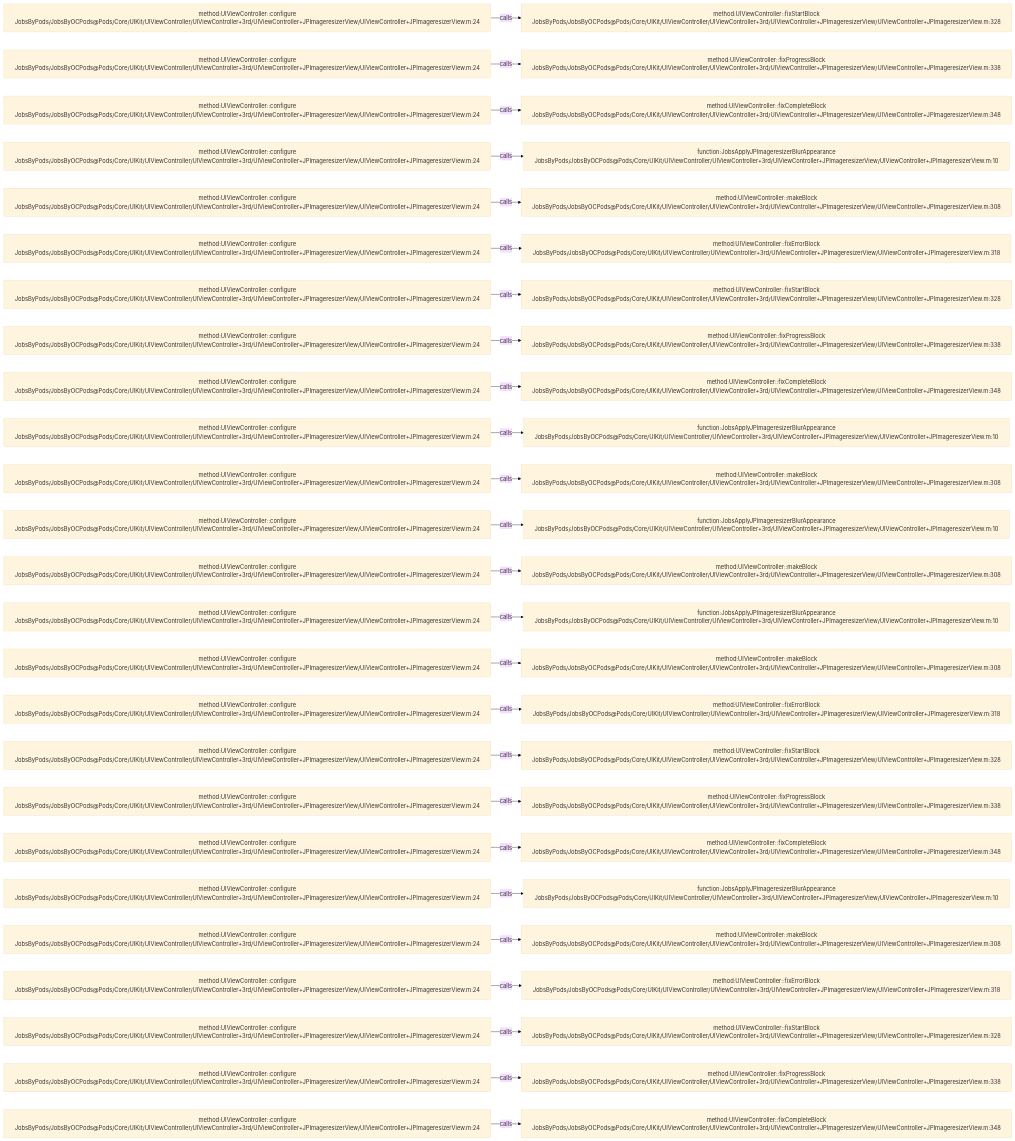
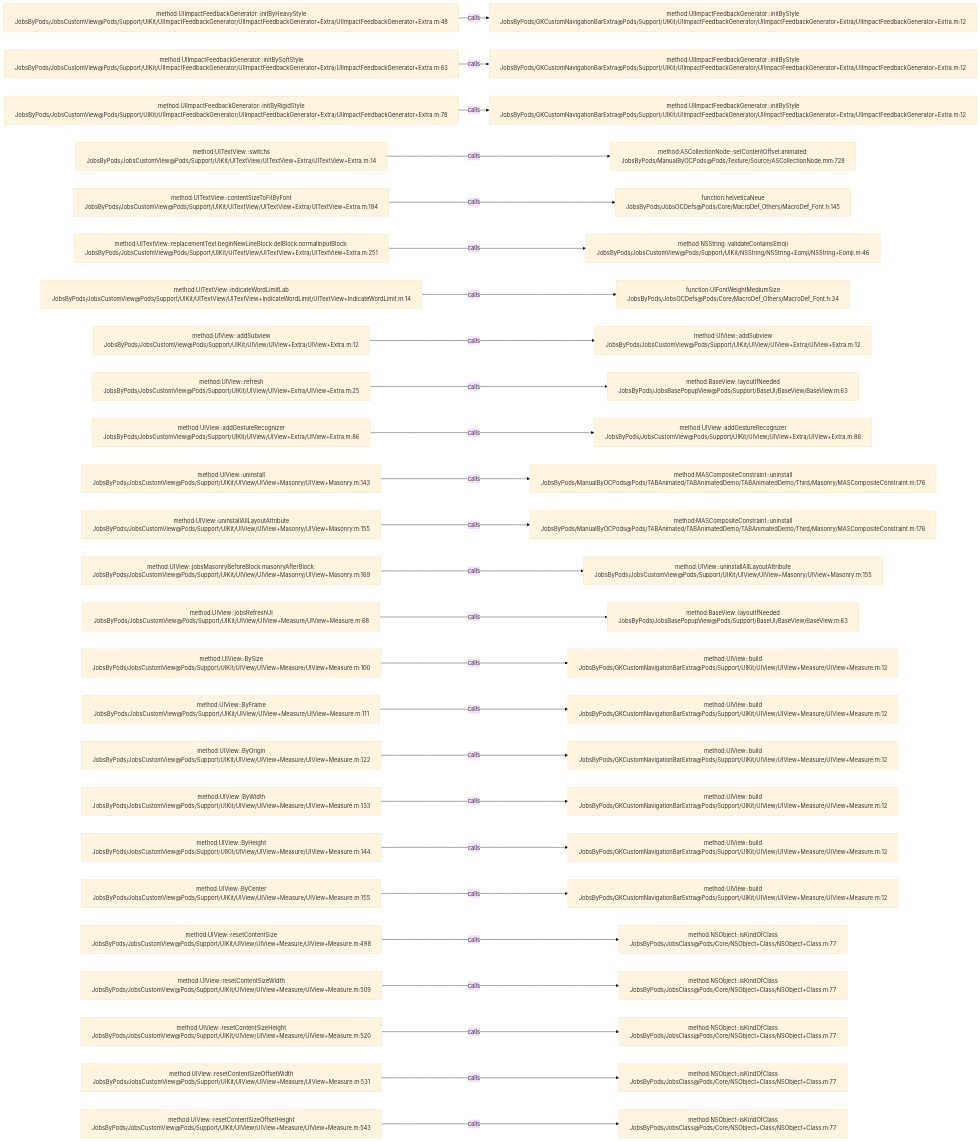
One commit to JobsKits/JobsOCBaseConfigDemo changed the diagram in .codegraph/codegraph.md/graphs/calls-090.md. Above: the diagram before and after it, drawn with Mermaid (base theme). The commit also changed 1026 other files, not shown here.

````diff
--- a/.codegraph/codegraph.md/graphs/calls-090.md
+++ b/.codegraph/codegraph.md/graphs/calls-090.md
@@ -13,78 +13,78 @@
 ```mermaid
 flowchart LR
-  S1["method:UIViewController::configure<br/>JobsByPods/JobsByOCPods@Pods/Core/UIKit/UIViewController/UIViewController+3rd/UIViewController+JPImageresizerView/UIViewController+JPImageresizerView.m:24"]
-  T1["method:UIViewController::fixStartBlock<br/>JobsByPods/JobsByOCPods@Pods/Core/UIKit/UIViewController/UIViewController+3rd/UIViewController+JPImageresizerView/UIViewController+JPImageresizerView.m:328"]
+  S1["method:UIImpactFeedbackGenerator::initByHeavyStyle<br/>JobsByPods/JobsCustomView@Pods/Support/UIKit/UIImpactFeedbackGenerator/UIImpactFeedbackGenerator+Extra/UIImpactFeedbackGenerator+Extra.m:48"]
+  T1["method:UIImpactFeedbackGenerator::initByStyle<br/>JobsByPods/GKCustomNavigationBarExtra@Pods/Support/UIKit/UIImpactFeedbackGenerator/UIImpactFeedbackGenerator+Extra/UIImpactFeedbackGenerator+Extra.m:12"]
   S1 -->|calls| T1
-  S2["method:UIViewController::configure<br/>JobsByPods/JobsByOCPods@Pods/Core/UIKit/UIViewController/UIViewController+3rd/UIViewController+JPImageresizerView/UIViewController+JPImageresizerView.m:24"]
-  T2["method:UIViewController::fixProgressBlock<br/>JobsByPods/JobsByOCPods@Pods/Core/UIKit/UIViewController/UIViewController+3rd/UIViewController+JPImageresizerView/UIViewController+JPImageresizerView.m:338"]
+  S2["method:UIImpactFeedbackGenerator::initBySoftStyle<br/>JobsByPods/JobsCustomView@Pods/Support/UIKit/UIImpactFeedbackGenerator/UIImpactFeedbackGenerator+Extra/UIImpactFeedbackGenerator+Extra.m:63"]
+  T2["method:UIImpactFeedbackGenerator::initByStyle<br/>JobsByPods/GKCustomNavigationBarExtra@Pods/Support/UIKit/UIImpactFeedbackGenerator/UIImpactFeedbackGenerator+Extra/UIImpactFeedbackGenerator+Extra.m:12"]
   S2 -->|calls| T2
-  S3["method:UIViewController::configure<br/>JobsByPods/JobsByOCPods@Pods/Core/UIKit/UIViewController/UIViewController+3rd/UIViewController+JPImageresizerView/UIViewController+JPImageresizerView.m:24"]
-  T3["method:UIViewController::fixCompleteBlock<br/>JobsByPods/JobsByOCPods@Pods/Core/UIKit/UIViewController/UIViewController+3rd/UIViewController+JPImageresizerView/UIViewController+JPImageresizerView.m:348"]
+  S3["method:UIImpactFeedbackGenerator::initByRigidStyle<br/>JobsByPods/JobsCustomView@Pods/Support/UIKit/UIImpactFeedbackGenerator/UIImpactFeedbackGenerator+Extra/UIImpactFeedbackGenerator+Extra.m:78"]
+  T3["method:UIImpactFeedbackGenerator::initByStyle<br/>JobsByPods/GKCustomNavigationBarExtra@Pods/Support/UIKit/UIImpactFeedbackGenerator/UIImpactFeedbackGenerator+Extra/UIImpactFeedbackGenerator+Extra.m:12"]
   S3 -->|calls| T3
-  S4["method:UIViewController::configure<br/>JobsByPods/JobsByOCPods@Pods/Core/UIKit/UIViewController/UIViewController+3rd/UIViewController+JPImageresizerView/UIViewController+JPImageresizerView.m:24"]
-  T4["function:JobsApplyJPImageresizerBlurAppearance<br/>JobsByPods/JobsByOCPods@Pods/Core/UIKit/UIViewController/UIViewController+3rd/UIViewController+JPImageresizerView/UIViewController+JPImageresizerView.m:10"]
+  S4["method:UITextView::switchs<br/>JobsByPods/JobsCustomView@Pods/Support/UIKit/UITextView/UITextView+Extra/UITextView+Extra.m:14"]
+  T4["method:ASCollectionNode::setContentOffset:animated:<br/>JobsByPods/ManualByOCPods@Pods/Texture/Source/ASCollectionNode.mm:728"]
   S4 -->|calls| T4
-  S5["method:UIViewController::configure<br/>JobsByPods/JobsByOCPods@Pods/Core/UIKit/UIViewController/UIViewController+3rd/UIViewController+JPImageresizerView/UIViewController+JPImageresizerView.m:24"]
-  T5["method:UIViewController::makeBlock<br/>JobsByPods/JobsByOCPods@Pods/Core/UIKit/UIViewController/UIViewController+3rd/UIViewController+JPImageresizerView/UIViewController+JPImageresizerView.m:308"]
+  S5["method:UITextView::contentSizeToFitByFont<br/>JobsByPods/JobsCustomView@Pods/Support/UIKit/UITextView/UITextView+Extra/UITextView+Extra.m:184"]
+  T5["function:helveticaNeue<br/>JobsByPods/JobsOCDefs@Pods/Core/MacroDef_Others/MacroDef_Font.h:145"]
   S5 -->|calls| T5
-  S6["method:UIViewController::configure<br/>JobsByPods/JobsByOCPods@Pods/Core/UIKit/UIViewController/UIViewController+3rd/UIViewController+JPImageresizerView/UIViewController+JPImageresizerView.m:24"]
-  T6["method:UIViewController::fixErrorBlock<br/>JobsByPods/JobsByOCPods@Pods/Core/UIKit/UIViewController/UIViewController+3rd/UIViewController+JPImageresizerView/UIViewController+JPImageresizerView.m:318"]
+  S6["method:UITextView::replacementText:beginNewLineBlock:delBlock:normalInputBlock:<br/>JobsByPods/JobsCustomView@Pods/Support/UIKit/UITextView/UITextView+Extra/UITextView+Extra.m:251"]
+  T6["method:NSString::validateContainsEmoji<br/>JobsByPods/JobsCustomView@Pods/Support/UIKit/NSString/NSString+Eomji/NSString+Eomji.m:46"]
   S6 -->|calls| T6
-  S7["method:UIViewController::configure<br/>JobsByPods/JobsByOCPods@Pods/Core/UIKit/UIViewController/UIViewController+3rd/UIViewController+JPImageresizerView/UIViewController+JPImageresizerView.m:24"]
-  T7["method:UIViewController::fixStartBlock<br/>JobsByPods/JobsByOCPods@Pods/Core/UIKit/UIViewController/UIViewController+3rd/UIViewController+JPImageresizerView/UIViewController+JPImageresizerView.m:328"]
+  S7["method:UITextView::indicateWordLimitLab<br/>JobsByPods/JobsCustomView@Pods/Support/UIKit/UITextView/UITextView+IndicateWordLimit/UITextView+IndicateWordLimit.m:14"]
+  T7["function:UIFontWeightMediumSize<br/>JobsByPods/JobsOCDefs@Pods/Core/MacroDef_Others/MacroDef_Font.h:34"]
   S7 -->|calls| T7
-  S8["method:UIViewController::configure<br/>JobsByPods/JobsByOCPods@Pods/Core/UIKit/UIViewController/UIViewController+3rd/UIViewController+JPImageresizerView/UIViewController+JPImageresizerView.m:24"]
-  T8["method:UIViewController::fixProgressBlock<br/>JobsByPods/JobsByOCPods@Pods/Core/UIKit/UIViewController/UIViewController+3rd/UIViewController+JPImageresizerView/UIViewController+JPImageresizerView.m:338"]
+  S8["method:UIView::addSubview<br/>JobsByPods/JobsCustomView@Pods/Support/UIKit/UIView/UIView+Extra/UIView+Extra.m:12"]
+  T8["method:UIView::addSubview<br/>JobsByPods/JobsCustomView@Pods/Support/UIKit/UIView/UIView+Extra/UIView+Extra.m:12"]
   S8 -->|calls| T8
-  S9["method:UIViewController::configure<br/>JobsByPods/JobsByOCPods@Pods/Core/UIKit/UIViewController/UIViewController+3rd/UIViewController+JPImageresizerView/UIViewController+JPImageresizerView.m:24"]
-  T9["method:UIViewController::fixCompleteBlock<br/>JobsByPods/JobsByOCPods@Pods/Core/UIKit/UIViewController/UIViewController+3rd/UIViewController+JPImageresizerView/UIViewController+JPImageresizerView.m:348"]
+  S9["method:UIView::refresh<br/>JobsByPods/JobsCustomView@Pods/Support/UIKit/UIView/UIView+Extra/UIView+Extra.m:25"]
+  T9["method:BaseView::layoutIfNeeded<br/>JobsByPods/JobsBasePopupView@Pods/Support/BaseUI/BaseView/BaseView.m:63"]
   S9 -->|calls| T9
-  S10["method:UIViewController::configure<br/>JobsByPods/JobsByOCPods@Pods/Core/UIKit/UIViewController/UIViewController+3rd/UIViewController+JPImageresizerView/UIViewController+JPImageresizerView.m:24"]
-  T10["function:JobsApplyJPImageresizerBlurAppearance<br/>JobsByPods/JobsByOCPods@Pods/Core/UIKit/UIViewController/UIViewController+3rd/UIViewController+JPImageresizerView/UIViewController+JPImageresizerView.m:10"]
+  S10["method:UIView::addGestureRecognizer<br/>JobsByPods/JobsCustomView@Pods/Support/UIKit/UIView/UIView+Extra/UIView+Extra.m:86"]
+  T10["method:UIView::addGestureRecognizer<br/>JobsByPods/JobsCustomView@Pods/Support/UIKit/UIView/UIView+Extra/UIView+Extra.m:86"]
   S10 -->|calls| T10
-  S11["method:UIViewController::configure<br/>JobsByPods/JobsByOCPods@Pods/Core/UIKit/UIViewController/UIViewController+3rd/UIViewController+JPImageresizerView/UIViewController+JPImageresizerView.m:24"]
-  T11["method:UIViewController::makeBlock<br/>JobsByPods/JobsByOCPods@Pods/Core/UIKit/UIViewController/UIViewController+3rd/UIViewController+JPImageresizerView/UIViewController+JPImageresizerView.m:308"]
+  S11["method:UIView::uninstall<br/>JobsByPods/JobsCustomView@Pods/Support/UIKit/UIView/UIView+Masonry/UIView+Masonry.m:143"]
+  T11["method:MASCompositeConstraint::uninstall<br/>JobsByPods/ManualByOCPods@Pods/TABAnimated/TABAnimatedDemo/TABAnimatedDemo/Third/Masonry/MASCompositeConstraint.m:176"]
   S11 -->|calls| T11
-  S12["method:UIViewController::configure<br/>JobsByPods/JobsByOCPods@Pods/Core/UIKit/UIViewController/UIViewController+3rd/UIViewController+JPImageresizerView/UIViewController+JPImageresizerView.m:24"]
-  T12["function:JobsApplyJPImageresizerBlurAppearance<br/>JobsByPods/JobsByOCPods@Pods/Core/UIKit/UIViewController/UIViewController+3rd/UIViewController+JPImageresizerView/UIViewController+JPImageresizerView.m:10"]
+  S12["method:UIView::uninstallAllLayoutAttribute<br/>JobsByPods/JobsCustomView@Pods/Support/UIKit/UIView/UIView+Masonry/UIView+Masonry.m:155"]
+  T12["method:MASCompositeConstraint::uninstall<br/>JobsByPods/ManualByOCPods@Pods/TABAnimated/TABAnimatedDemo/TABAnimatedDemo/Third/Masonry/MASCompositeConstraint.m:176"]
   S12 -->|calls| T12
-  S13["method:UIViewController::configure<br/>JobsByPods/JobsByOCPods@Pods/Core/UIKit/UIViewController/UIViewController+3rd/UIViewController+JPImageresizerView/UIViewController+JPImageresizerView.m:24"]
-  T13["method:UIViewController::makeBlock<br/>JobsByPods/JobsByOCPods@Pods/Core/UIKit/UIViewController/UIViewController+3rd/UIViewController+JPImageresizerView/UIViewController+JPImageresizerView.m:308"]
+  S13["method:UIView::jobsMasonryBeforeBlock:masonryAfterBlock:<br/>JobsByPods/JobsCustomView@Pods/Support/UIKit/UIView/UIView+Masonry/UIView+Masonry.m:169"]
+  T13["method:UIView::uninstallAllLayoutAttribute<br/>JobsByPods/JobsCustomView@Pods/Support/UIKit/UIView/UIView+Masonry/UIView+Masonry.m:155"]
   S13 -->|calls| T13
-  S14["method:UIViewController::configure<br/>JobsByPods/JobsByOCPods@Pods/Core/UIKit/UIViewController/UIViewController+3rd/UIViewController+JPImageresizerView/UIViewController+JPImageresizerView.m:24"]
-  T14["function:JobsApplyJPImageresizerBlurAppearance<br/>JobsByPods/JobsByOCPods@Pods/Core/UIKit/UIViewController/UIViewController+3rd/UIViewController+JPImageresizerView/UIViewController+JPImageresizerView.m:10"]
+  S14["method:UIView::jobsRefreshUI<br/>JobsByPods/JobsCustomView@Pods/Support/UIKit/UIView/UIView+Measure/UIView+Measure.m:68"]
+  T14["method:BaseView::layoutIfNeeded<br/>JobsByPods/JobsBasePopupView@Pods/Support/BaseUI/BaseView/BaseView.m:63"]
   S14 -->|calls| T14
-  S15["method:UIViewController::configure<br/>JobsByPods/JobsByOCPods@Pods/Core/UIKit/UIViewController/UIViewController+3rd/UIViewController+JPImageresizerView/UIViewController+JPImageresizerView.m:24"]
-  T15["method:UIViewController::makeBlock<br/>JobsByPods/JobsByOCPods@Pods/Core/UIKit/UIViewController/UIViewController+3rd/UIViewController+JPImageresizerView/UIViewController+JPImageresizerView.m:308"]
+  S15["method:UIView::BySize<br/>JobsByPods/JobsCustomView@Pods/Support/UIKit/UIView/UIView+Measure/UIView+Measure.m:100"]
+  T15["method:UIView::build<br/>JobsByPods/GKCustomNavigationBarExtra@Pods/Support/UIKit/UIView/UIView+Measure/UIView+Measure.m:12"]
   S15 -->|calls| T15
-  S16["method:UIViewController::configure<br/>JobsByPods/JobsByOCPods@Pods/Core/UIKit/UIViewController/UIViewController+3rd/UIViewController+JPImageresizerView/UIViewController+JPImageresizerView.m:24"]
-  T16["method:UIViewController::fixErrorBlock<br/>JobsByPods/JobsByOCPods@Pods/Core/UIKit/UIViewController/UIViewController+3rd/UIViewController+JPImageresizerView/UIViewController+JPImageresizerView.m:318"]
+  S16["method:UIView::ByFrame<br/>JobsByPods/JobsCustomView@Pods/Support/UIKit/UIView/UIView+Measure/UIView+Measure.m:111"]
+  T16["method:UIView::build<br/>JobsByPods/GKCustomNavigationBarExtra@Pods/Support/UIKit/UIView/UIView+Measure/UIView+Measure.m:12"]
   S16 -->|calls| T16
-  S17["method:UIViewController::configure<br/>JobsByPods/JobsByOCPods@Pods/Core/UIKit/UIViewController/UIViewController+3rd/UIViewController+JPImageresizerView/UIViewController+JPImageresizerView.m:24"]
-  T17["method:UIViewController::fixStartBlock<br/>JobsByPods/JobsByOCPods@Pods/Core/UIKit/UIViewController/UIViewController+3rd/UIViewController+JPImageresizerView/UIViewController+JPImageresizerView.m:328"]
+  S17["method:UIView::ByOrigin<br/>JobsByPods/JobsCustomView@Pods/Support/UIKit/UIView/UIView+Measure/UIView+Measure.m:122"]
+  T17["method:UIView::build<br/>JobsByPods/GKCustomNavigationBarExtra@Pods/Support/UIKit/UIView/UIView+Measure/UIView+Measure.m:12"]
   S17 -->|calls| T17
-  S18["method:UIViewController::configure<br/>JobsByPods/JobsByOCPods@Pods/Core/UIKit/UIViewController/UIViewController+3rd/UIViewController+JPImageresizerView/UIViewController+JPImageresizerView.m:24"]
-  T18["method:UIViewController::fixProgressBlock<br/>JobsByPods/JobsByOCPods@Pods/Core/UIKit/UIViewController/UIViewController+3rd/UIViewController+JPImageresizerView/UIViewController+JPImageresizerView.m:338"]
+  S18["method:UIView::ByWidth<br/>JobsByPods/JobsCustomView@Pods/Support/UIKit/UIView/UIView+Measure/UIView+Measure.m:133"]
+  T18["method:UIView::build<br/>JobsByPods/GKCustomNavigationBarExtra@Pods/Support/UIKit/UIView/UIView+Measure/UIView+Measure.m:12"]
   S18 -->|calls| T18
-  S19["method:UIViewController::configure<br/>JobsByPods/JobsByOCPods@Pods/Core/UIKit/UIViewController/UIViewController+3rd/UIViewController+JPImageresizerView/UIViewController+JPImageresizerView.m:24"]
-  T19["method:UIViewController::fixCompleteBlock<br/>JobsByPods/JobsByOCPods@Pods/Core/UIKit/UIViewController/UIViewController+3rd/UIViewController+JPImageresizerView/UIViewController+JPImageresizerView.m:348"]
+  S19["method:UIView::ByHeight<br/>JobsByPods/JobsCustomView@Pods/Support/UIKit/UIView/UIView+Measure/UIView+Measure.m:144"]
+  T19["method:UIView::build<br/>JobsByPods/GKCustomNavigationBarExtra@Pods/Support/UIKit/UIView/UIView+Measure/UIView+Measure.m:12"]
   S19 -->|calls| T19
-  S20["method:UIViewController::configure<br/>JobsByPods/JobsByOCPods@Pods/Core/UIKit/UIViewController/UIViewController+3rd/UIViewController+JPImageresizerView/UIViewController+JPImageresizerView.m:24"]
-  T20["function:JobsApplyJPImageresizerBlurAppearance<br/>JobsByPods/JobsByOCPods@Pods/Core/UIKit/UIViewController/UIViewController+3rd/UIViewController+JPImageresizerView/UIViewController+JPImageresizerView.m:10"]
+  S20["method:UIView::ByCenter<br/>JobsByPods/JobsCustomView@Pods/Support/UIKit/UIView/UIView+Measure/UIView+Measure.m:155"]
+  T20["method:UIView::build<br/>JobsByPods/GKCustomNavigationBarExtra@Pods/Support/UIKit/UIView/UIView+Measure/UIView+Measure.m:12"]
   S20 -->|calls| T20
-  S21["method:UIViewController::configure<br/>JobsByPods/JobsByOCPods@Pods/Core/UIKit/UIViewController/UIViewController+3rd/UIViewController+JPImageresizerView/UIViewController+JPImageresizerView.m:24"]
-  T21["method:UIViewController::makeBlock<br/>JobsByPods/JobsByOCPods@Pods/Core/UIKit/UIViewController/UIViewController+3rd/UIViewController+JPImageresizerView/UIViewController+JPImageresizerView.m:308"]
+  S21["method:UIView::resetContentSize<br/>JobsByPods/JobsCustomView@Pods/Support/UIKit/UIView/UIView+Measure/UIView+Measure.m:498"]
+  T21["method:NSObject::isKindOfClass<br/>JobsByPods/JobsClass@Pods/Core/NSObject+Class/NSObject+Class.m:77"]
   S21 -->|calls| T21
-  S22["method:UIViewController::configure<br/>JobsByPods/JobsByOCPods@Pods/Core/UIKit/UIViewController/UIViewController+3rd/UIViewController+JPImageresizerView/UIViewController+JPImageresizerView.m:24"]
-  T22["method:UIViewController::fixErrorBlock<br/>JobsByPods/JobsByOCPods@Pods/Core/UIKit/UIViewController/UIViewController+3rd/UIViewController+JPImageresizerView/UIViewController+JPImageresizerView.m:318"]
+  S22["method:UIView::resetContentSizeWidth<br/>JobsByPods/JobsCustomView@Pods/Support/UIKit/UIView/UIView+Measure/UIView+Measure.m:509"]
+  T22["method:NSObject::isKindOfClass<br/>JobsByPods/JobsClass@Pods/Core/NSObject+Class/NSObject+Class.m:77"]
   S22 -->|calls| T22
-  S23["method:UIViewController::configure<br/>JobsByPods/JobsByOCPods@Pods/Core/UIKit/UIViewController/UIViewController+3rd/UIViewController+JPImageresizerView/UIViewController+JPImageresizerView.m:24"]
-  T23["method:UIViewController::fixStartBlock<br/>JobsByPods/JobsByOCPods@Pods/Core/UIKit/UIViewController/UIViewController+3rd/UIViewController+JPImageresizerView/UIViewController+JPImageresizerView.m:328"]
+  S23["method:UIView::resetContentSizeHeight<br/>JobsByPods/JobsCustomView@Pods/Support/UIKit/UIView/UIView+Measure/UIView+Measure.m:520"]
+  T23["method:NSObject::isKindOfClass<br/>JobsByPods/JobsClass@Pods/Core/NSObject+Class/NSObject+Class.m:77"]
   S23 -->|calls| T23
-  S24["method:UIViewController::configure<br/>JobsByPods/JobsByOCPods@Pods/Core/UIKit/UIViewController/UIViewController+3rd/UIViewController+JPImageresizerView/UIViewController+JPImageresizerView.m:24"]
-  T24["method:UIViewController::fixProgressBlock<br/>JobsByPods/JobsByOCPods@Pods/Core/UIKit/UIViewController/UIViewController+3rd/UIViewController+JPImageresizerView/UIViewController+JPImageresizerView.m:338"]
+  S24["method:UIView::resetContentSizeOffsetWidth<br/>JobsByPods/JobsCustomView@Pods/Support/UIKit/UIView/UIView+Measure/UIView+Measure.m:531"]
+  T24["method:NSObject::isKindOfClass<br/>JobsByPods/JobsClass@Pods/Core/NSObject+Class/NSObject+Class.m:77"]
   S24 -->|calls| T24
-  S25["method:UIViewController::configure<br/>JobsByPods/JobsByOCPods@Pods/Core/UIKit/UIViewController/UIViewController+3rd/UIViewController+JPImageresizerView/UIViewController+JPImageresizerView.m:24"]
-  T25["method:UIViewController::fixCompleteBlock<br/>JobsByPods/JobsByOCPods@Pods/Core/UIKit/UIViewController/UIViewController+3rd/UIViewController+JPImageresizerView/UIViewController+JPImageresizerView.m:348"]
+  S25["method:UIView::resetContentSizeOffsetHeight<br/>JobsByPods/JobsCustomView@Pods/Support/UIKit/UIView/UIView+Measure/UIView+Measure.m:543"]
+  T25["method:NSObject::isKindOfClass<br/>JobsByPods/JobsClass@Pods/Core/NSObject+Class/NSObject+Class.m:77"]
   S25 -->|calls| T25
 ```
````
